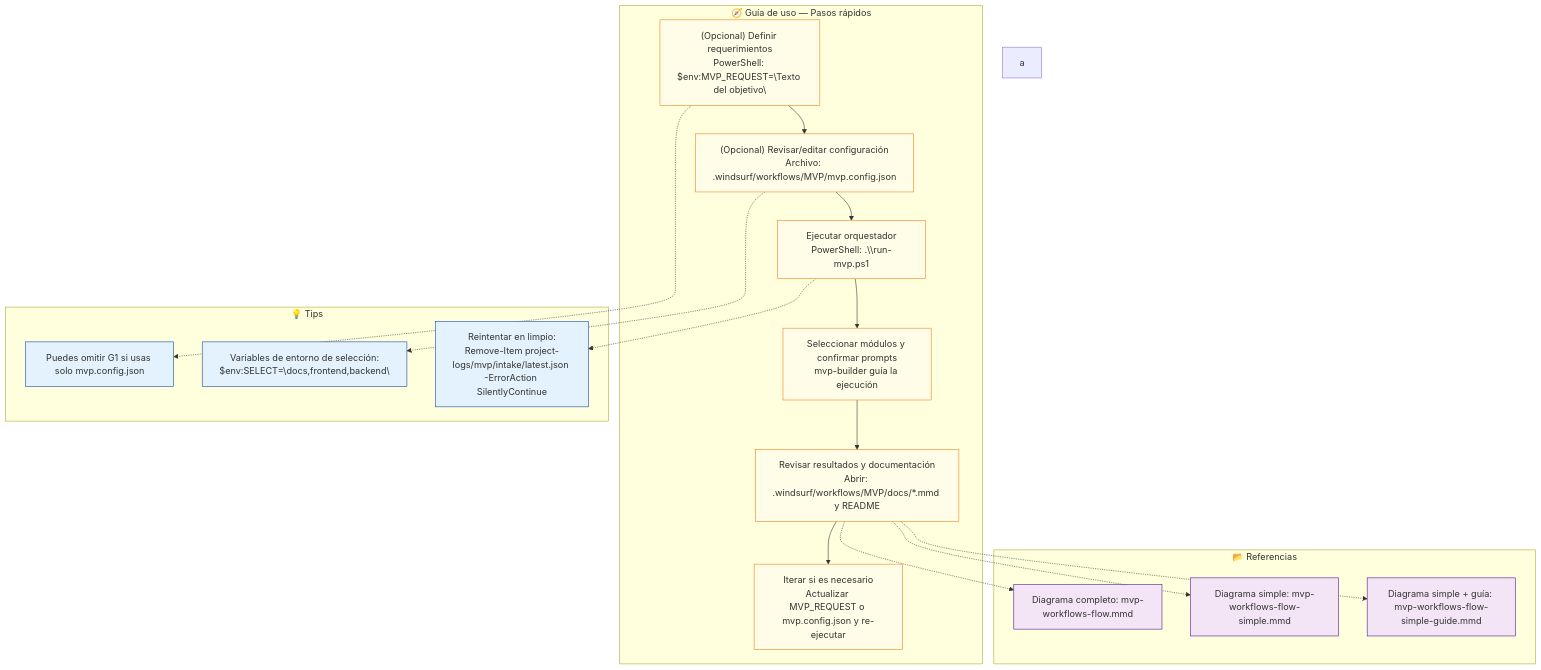
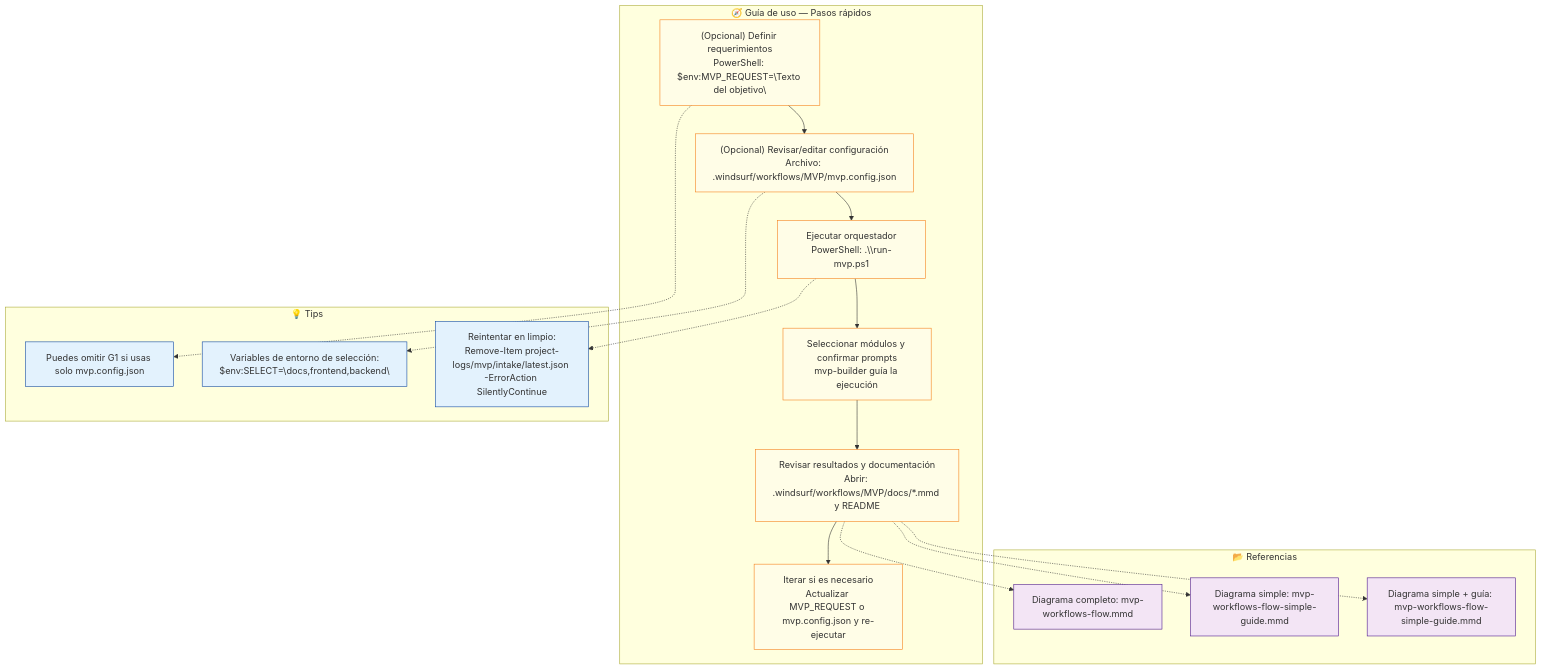
One commit to pisanocami/VibeForgeAI.com changed the diagram in .windsurf/workflows/docs/mvp-workflows-usage-guide.mmd. Above: the diagram before and after it, drawn with Mermaid. The commit also changed 11 other files, not shown here.

```diff
--- a/.windsurf/workflows/docs/mvp-workflows-usage-guide.mmd
+++ b/.windsurf/workflows/docs/mvp-workflows-usage-guide.mmd
@@ -1,44 +1,44 @@
 graph TD
     %% Diagrama exclusivamente de guía de uso
     subgraph usageGuide["🧭 Guía de uso — Pasos rápidos"]
         G1["(Opcional) Definir requerimientos<br/>PowerShell: $env:MVP_REQUEST=\"Texto del objetivo\""]
         G2["(Opcional) Revisar/editar configuración<br/>Archivo: .windsurf/workflows/MVP/mvp.config.json"]
         G3["Ejecutar orquestador<br/>PowerShell: .\\run-mvp.ps1"]
         G4["Seleccionar módulos y confirmar prompts<br/>mvp-builder guía la ejecución"]
         G5["Revisar resultados y documentación<br/>Abrir: .windsurf/workflows/MVP/docs/*.mmd y README"]
         G6["Iterar si es necesario<br/>Actualizar MVP_REQUEST o mvp.config.json y re-ejecutar"]
     end
-a
+ 
     %% Flujo secuencial
     G1 --> G2 --> G3 --> G4 --> G5 --> G6
 
     %% Tips rápidos
     subgraph tips["💡 Tips"]
         T1["Puedes omitir G1 si usas solo mvp.config.json"]
         T2["Variables de entorno de selección:<br/>$env:SELECT=\"docs,frontend,backend\""]
         T3["Reintentar en limpio:<br/>Remove-Item project-logs/mvp/intake/latest.json -ErrorAction SilentlyContinue"]
     end
 
     %% Referencias
     subgraph refs["📂 Referencias"]
         R1["Diagrama completo: mvp-workflows-flow.mmd"]
-        R2["Diagrama simple: mvp-workflows-flow-simple.mmd"]
+        R2["Diagrama simple: mvp-workflows-flow-simple-guide.mmd"]
         R3["Diagrama simple + guía: mvp-workflows-flow-simple-guide.mmd"]
     end
 
     %% Conexiones guía ↔ tips / referencias
     G1 -.-> T1
     G2 -.-> T2
     G3 -.-> T3
     G5 -.-> R1
     G5 -.-> R2
     G5 -.-> R3
 
     %% Estilos
     classDef guideStyle fill:#FFFDE7,stroke:#F57F17,stroke-width:1px
     classDef tipsStyle fill:#E3F2FD,stroke:#0D47A1,stroke-width:1px
     classDef refsStyle fill:#f3e5f5,stroke:#4a148c,stroke-width:1px
 
     class G1,G2,G3,G4,G5,G6 guideStyle
     class T1,T2,T3 tipsStyle
     class R1,R2,R3 refsStyle
```
